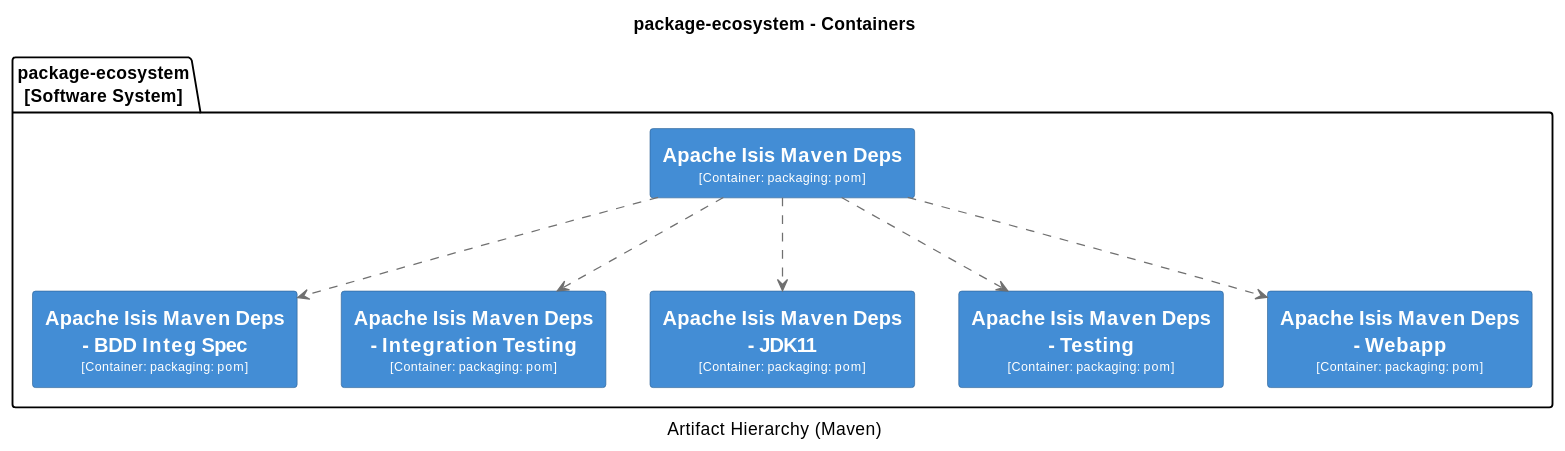
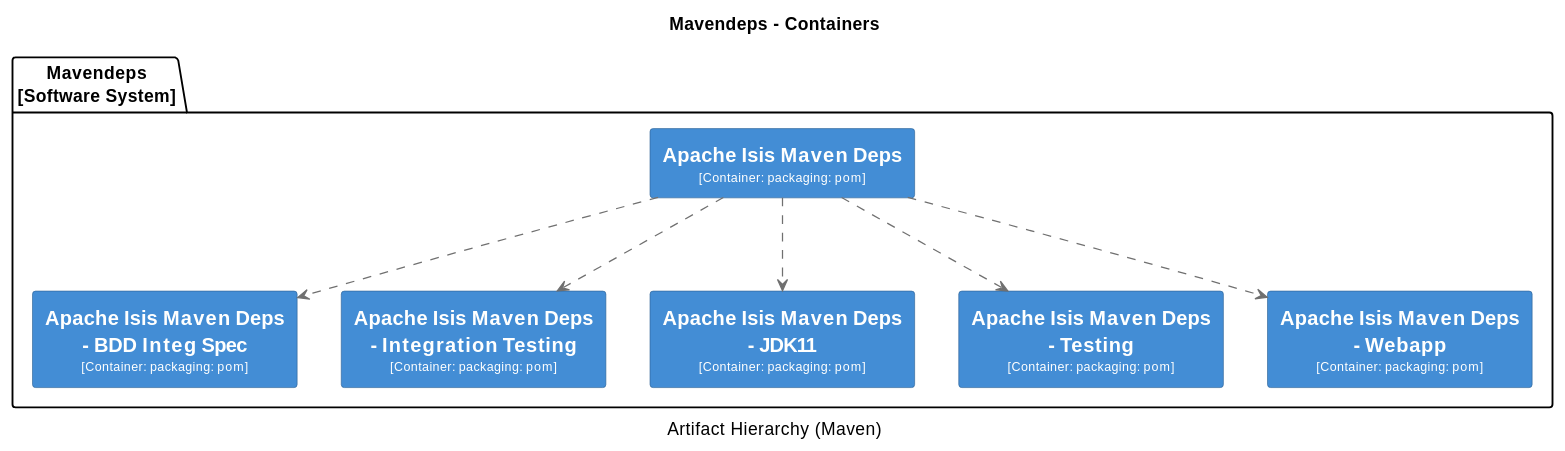
The fifth of 18 diagrams in antora/components/system/modules/ROOT/pages/system-overview.adoc (apache/causeway), drawn with PlantUML before and after one commit. The commit also changed other lines of this file and 1 other file, not shown here.

Commit message:
ISIS-2473: system overview: more meaningful diagram titles

```diff
--- a/antora/components/system/modules/ROOT/pages/system-overview.adoc
+++ b/antora/components/system/modules/ROOT/pages/system-overview.adoc
@@ -710,59 +710,59 @@
 [plantuml,Mavendeps,svg]
 ----
 @startuml(id=Mavendeps)
-title package-ecosystem - Containers
+title Mavendeps - Containers
 caption Artifact Hierarchy (Maven)
 
 skinparam {
   shadowing false
   arrowFontSize 10
   defaultTextAlignment center
   wrapWidth 200
   maxMessageSize 100
 }
 hide stereotype
 skinparam rectangle<<2>> {
   BackgroundColor #438dd5
   FontColor #fffffe
   BorderColor #2E6295
 }
 skinparam rectangle<<3>> {
   BackgroundColor #438dd5
   FontColor #fffffe
   BorderColor #2E6295
 }
 skinparam rectangle<<4>> {
   BackgroundColor #438dd5
   FontColor #fffffe
   BorderColor #2E6295
 }
 skinparam rectangle<<5>> {
   BackgroundColor #438dd5
   FontColor #fffffe
   BorderColor #2E6295
 }
 skinparam rectangle<<6>> {
   BackgroundColor #438dd5
   FontColor #fffffe
   BorderColor #2E6295
 }
 skinparam rectangle<<7>> {
   BackgroundColor #438dd5
   FontColor #fffffe
   BorderColor #2E6295
 }
-package "package-ecosystem\n[Software System]" {
+package "Mavendeps\n[Software System]" {
   rectangle "==Apache Isis Maven Deps\n<size:10>[Container: packaging: pom]</size>" <<2>> as 2
   rectangle "==Apache Isis Maven Deps - BDD Integ Spec\n<size:10>[Container: packaging: pom]</size>" <<3>> as 3
   rectangle "==Apache Isis Maven Deps - Integration Testing\n<size:10>[Container: packaging: pom]</size>" <<4>> as 4
   rectangle "==Apache Isis Maven Deps - JDK11\n<size:10>[Container: packaging: pom]</size>" <<5>> as 5
   rectangle "==Apache Isis Maven Deps - Testing\n<size:10>[Container: packaging: pom]</size>" <<6>> as 6
   rectangle "==Apache Isis Maven Deps - Webapp\n<size:10>[Container: packaging: pom]</size>" <<7>> as 7
 }
 2 .[#707070].> 3 : ""
 2 .[#707070].> 4 : ""
 2 .[#707070].> 5 : ""
 2 .[#707070].> 6 : ""
 2 .[#707070].> 7 : ""
 @enduml
 ----
```
